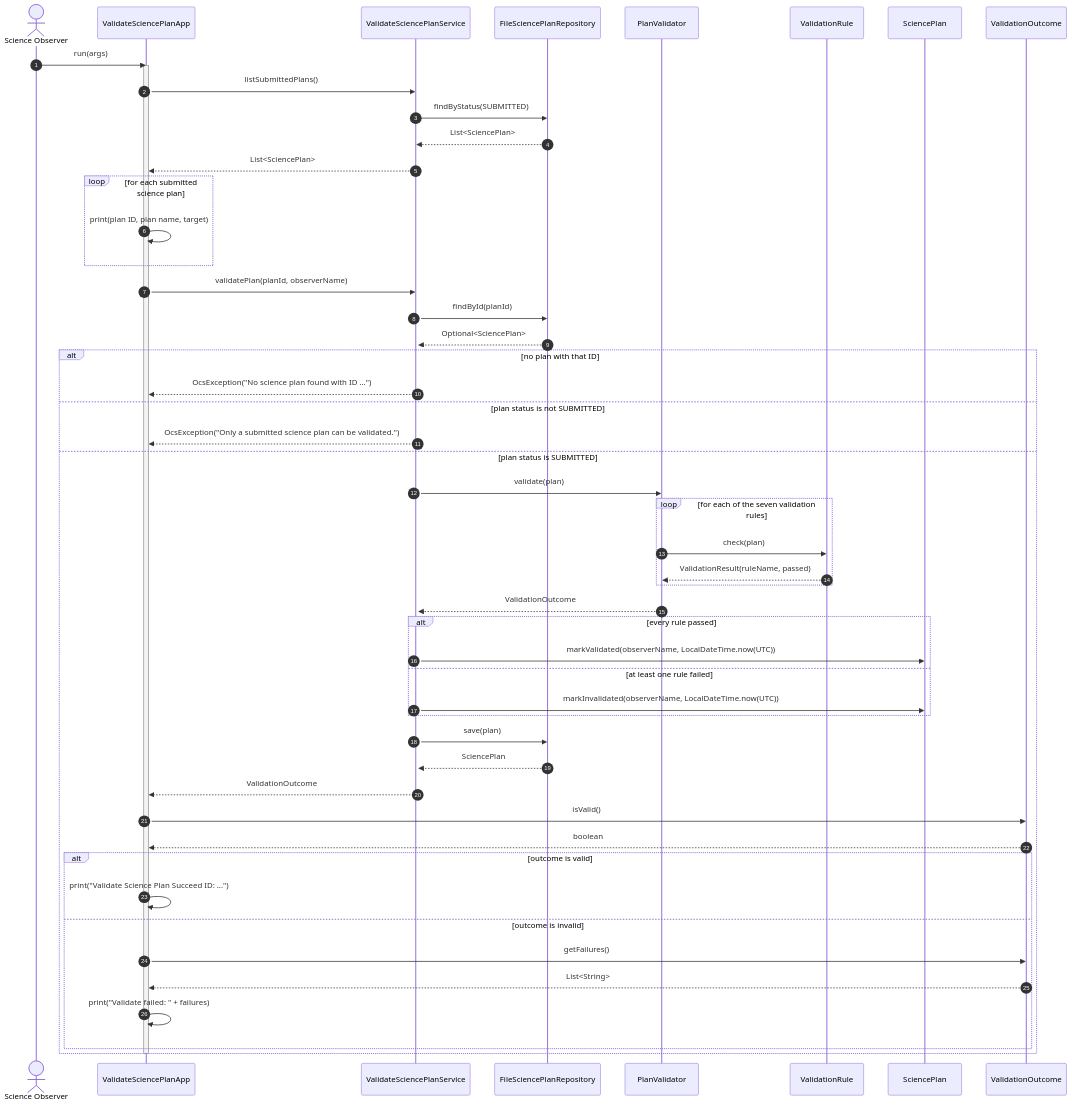
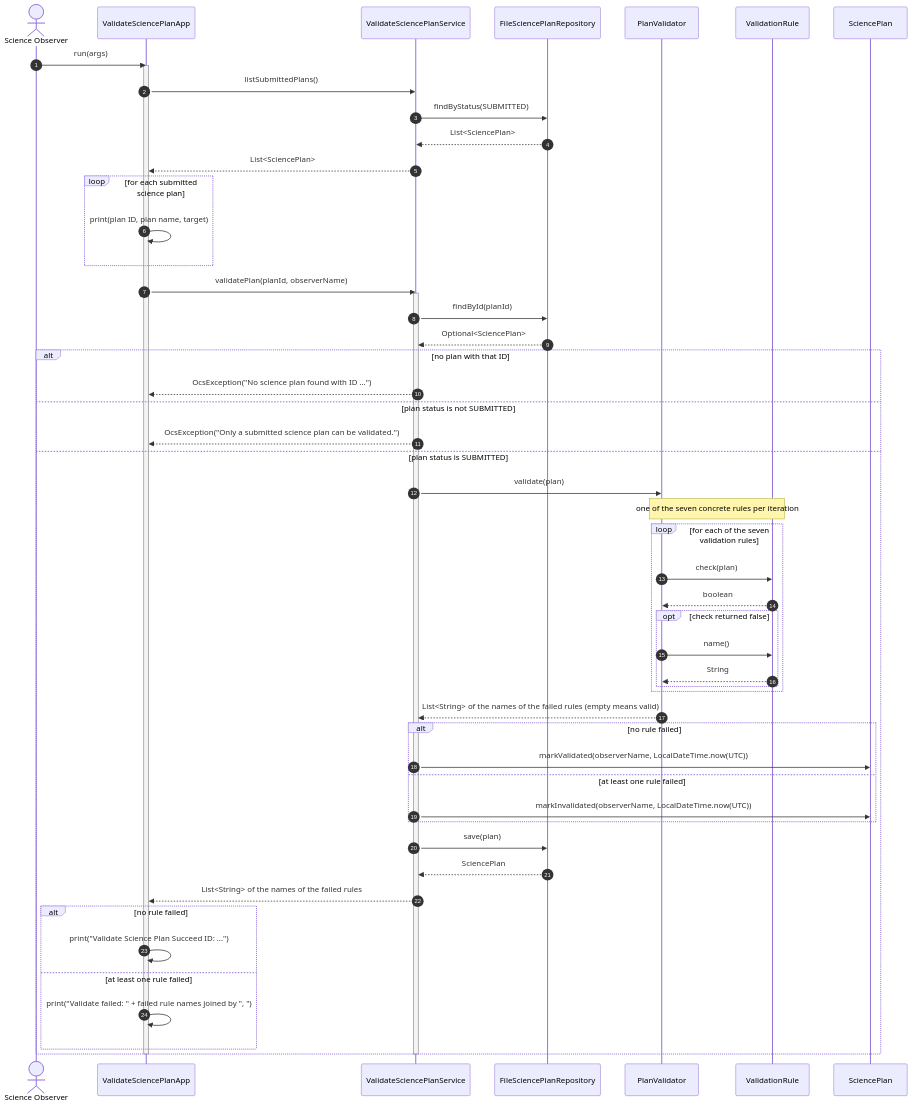
Before and after one commit to Sor117/nhoomalee-yaak-du-dao: the fifth of 6 diagrams in AZERTY_D4_Design.md, drawn with Mermaid. The commit also changed other lines of this file and 27 other files, not shown here.

````diff
--- a/AZERTY_D4_Design.md
+++ b/AZERTY_D4_Design.md
@@ -851,56 +825,57 @@
 ```mermaid
 sequenceDiagram
     autonumber
     actor OBS as Science Observer
     participant APP as ValidateSciencePlanApp
     participant SVC as ValidateSciencePlanService
     participant REP as FileSciencePlanRepository
     participant VAL as PlanValidator
     participant RULE as ValidationRule
     participant PLAN as SciencePlan
-    participant OUT as ValidationOutcome
 
     OBS->>APP: run(args)
     activate APP
     APP->>SVC: listSubmittedPlans()
     SVC->>REP: findByStatus(SUBMITTED)
     REP-->>SVC: List<SciencePlan>
     SVC-->>APP: List<SciencePlan>
     loop for each submitted science plan
         APP->>APP: print(plan ID, plan name, target)
     end
     APP->>SVC: validatePlan(planId, observerName)
     activate SVC
     SVC->>REP: findById(planId)
     REP-->>SVC: Optional<SciencePlan>
     alt no plan with that ID
         SVC-->>APP: OcsException("No science plan found with ID ...")
     else plan status is not SUBMITTED
         SVC-->>APP: OcsException("Only a submitted science plan can be validated.")
     else plan status is SUBMITTED
         SVC->>VAL: validate(plan)
+        note over VAL,RULE: one of the seven concrete rules per iteration
         loop for each of the seven validation rules
             VAL->>RULE: check(plan)
-            RULE-->>VAL: ValidationResult(ruleName, passed)
+            RULE-->>VAL: boolean
+            opt check returned false
+                VAL->>RULE: name()
+                RULE-->>VAL: String
+            end
         end
-        VAL-->>SVC: ValidationOutcome
-        alt every rule passed
+        VAL-->>SVC: List<String> of the names of the failed rules (empty means valid)
+        alt no rule failed
             SVC->>PLAN: markValidated(observerName, LocalDateTime.now(UTC))
         else at least one rule failed
             SVC->>PLAN: markInvalidated(observerName, LocalDateTime.now(UTC))
         end
         SVC->>REP: save(plan)
         REP-->>SVC: SciencePlan
-        SVC-->>APP: ValidationOutcome
-        APP->>OUT: isValid()
-        OUT-->>APP: boolean
-        alt outcome is valid
+        SVC-->>APP: List<String> of the names of the failed rules
+        alt no rule failed
             APP->>APP: print("Validate Science Plan Succeed ID: ...")
-        else outcome is invalid
-            APP->>OUT: getFailures()
-            OUT-->>APP: List<String>
-            APP->>APP: print("Validate failed: " + failures)
+        else at least one rule failed
+            APP->>APP: print("Validate failed: " + failed rule names joined by ", ")
         end
     end
+    deactivate SVC
     deactivate APP
 ```
````
